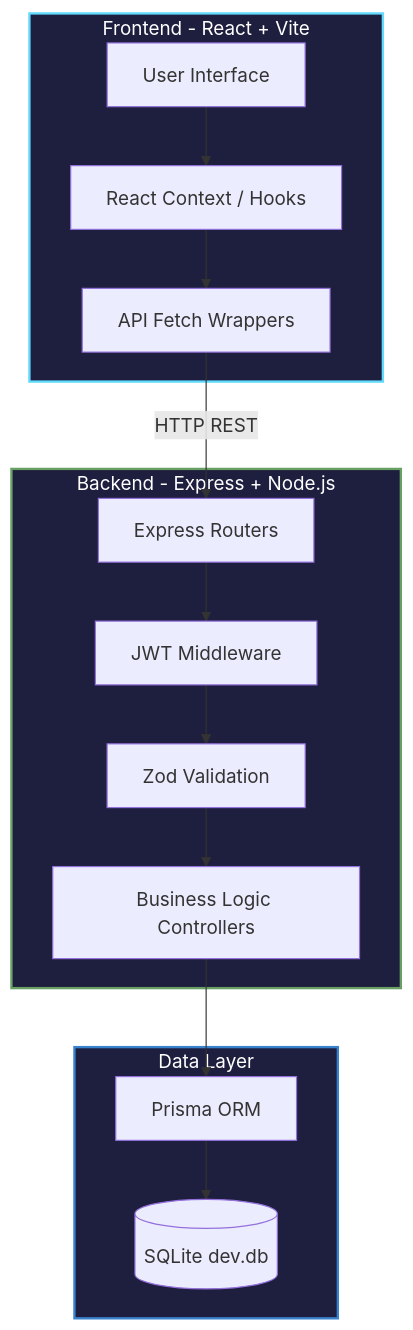
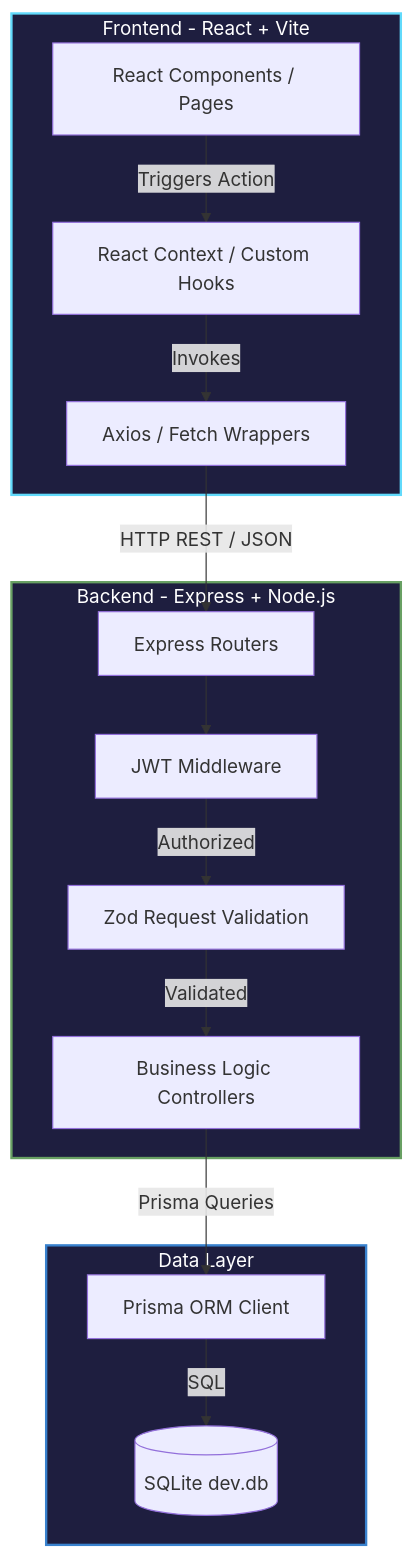
The first of 3 diagrams in README.md (shivam78775/oddo-hackthon), drawn with Mermaid before and after one commit. The commit also changed other lines of this file, not shown here.

````diff
--- a/README.md
+++ b/README.md
@@ -44,39 +57,39 @@
 ```mermaid
 graph TD
     subgraph Client [Frontend - React + Vite]
-        UI[User Interface]
-        State[React Context / Hooks]
-        API_Layer[API Fetch Wrappers]
+        UI[React Components / Pages]
+        State[React Context / Custom Hooks]
+        API_Layer[Axios / Fetch Wrappers]
         
-        UI --> State
-        State --> API_Layer
+        UI -->|Triggers Action| State
+        State -->|Invokes| API_Layer
     end
 
     subgraph Server [Backend - Express + Node.js]
         Router[Express Routers]
+        Auth[JWT Middleware]
+        Zod[Zod Request Validation]
         Controllers[Business Logic Controllers]
-        Auth[JWT Middleware]
-        Zod[Zod Validation]
         
-        API_Layer -- HTTP REST --> Router
+        API_Layer -- HTTP REST / JSON --> Router
         Router --> Auth
-        Auth --> Zod
-        Zod --> Controllers
+        Auth -->|Authorized| Zod
+        Zod -->|Validated| Controllers
     end
 
     subgraph Database [Data Layer]
-        ORM[Prisma ORM]
+        ORM[Prisma ORM Client]
         DB[(SQLite dev.db)]
         
-        Controllers --> ORM
-        ORM --> DB
+        Controllers -->|Prisma Queries| ORM
+        ORM -->|SQL| DB
     end
     
     classDef frontend fill:#1e1e3f,stroke:#61DAFB,stroke-width:2px,color:#fff;
     classDef backend fill:#1e1e3f,stroke:#68a063,stroke-width:2px,color:#fff;
     classDef database fill:#1e1e3f,stroke:#3982CE,stroke-width:2px,color:#fff;
     
     class Client frontend;
     class Server backend;
     class Database database;
 ```
````
